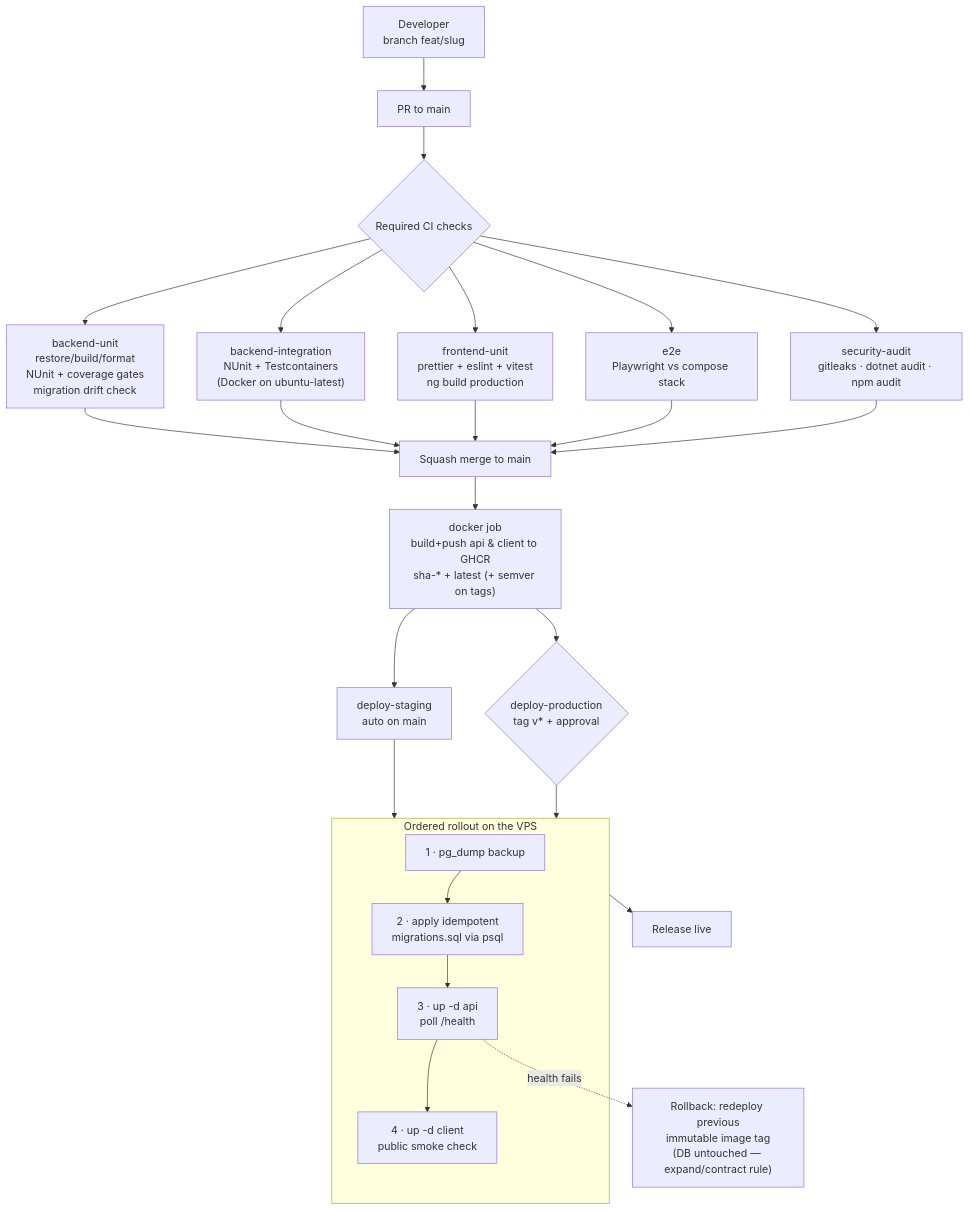
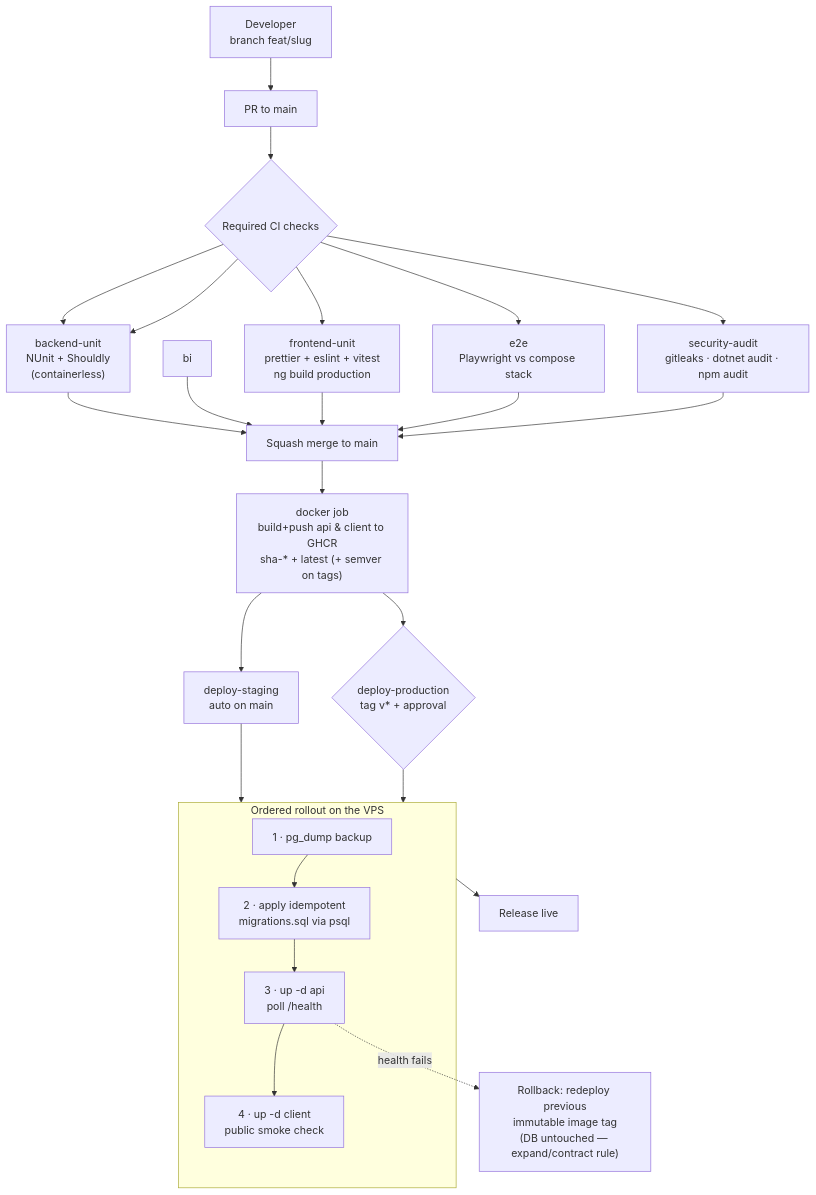
One commit to Nur-Al-Mumit/tic-tac-toe changed the diagram in docs/06-devops/ci-cd.md. Above: the diagram before and after it, drawn with Mermaid. The commit also changed other lines of this file and 19 other files, not shown here.

First line of the commit message:
docs: align architecture, testing and CI documentation with the feature-based layout

````diff
--- a/docs/06-devops/ci-cd.md
+++ b/docs/06-devops/ci-cd.md
@@ -338,32 +315,32 @@
 ```mermaid
 flowchart TD
     dev["Developer<br/>branch feat/slug"]
     dev --> pr["PR to main"]
     pr --> gate{"Required CI checks"}
 
-    gate --> bu["backend-unit<br/>restore/build/format<br/>NUnit + coverage gates<br/>migration drift check"]
-    gate --> bi["backend-integration<br/>NUnit + Testcontainers<br/>(Docker on ubuntu-latest)"]
+    gate --> bu["backend unit (NUnit + Shouldly)<br/>restore/build/format<br/>NUnit + coverage gates<br/>migration drift check"]
+    gate --> bu["backend-unit<br/>NUnit + Shouldly<br/>(containerless)"]
     gate --> fu["frontend-unit<br/>prettier + eslint + vitest<br/>ng build production"]
     gate --> e2e["e2e<br/>Playwright vs compose stack"]
     gate --> sec["security-audit<br/>gitleaks · dotnet audit · npm audit"]
 
     bu --> merge
     bi --> merge["Squash merge to main"]
     fu --> merge
     e2e --> merge
     sec --> merge
 
     merge --> img["docker job<br/>build+push api & client to GHCR<br/>sha-* + latest (+ semver on tags)"]
     img --> stg["deploy-staging<br/>auto on main"]
     img --> prod{"deploy-production<br/>tag v* + approval"}
     stg & prod --> roll["Ordered rollout"]
 
     subgraph roll["Ordered rollout on the VPS"]
         m["1 · pg_dump backup"] --> s["2 · apply idempotent<br/>migrations.sql via psql"]
         s --> a["3 · up -d api<br/>poll /health"]
         a --> c["4 · up -d client<br/>public smoke check"]
     end
 
     roll --> live["Release live"]
     a -. "health fails" .-> rb["Rollback: redeploy previous<br/>immutable image tag<br/>(DB untouched — expand/contract rule)"]
 ```
````
